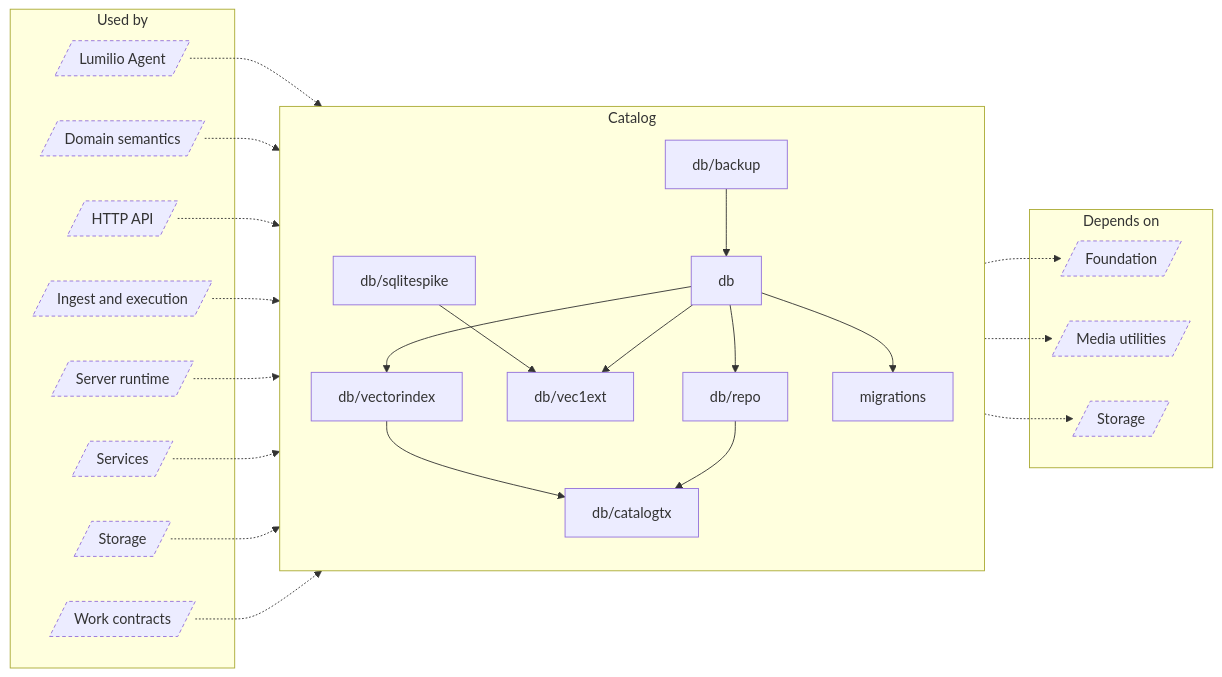
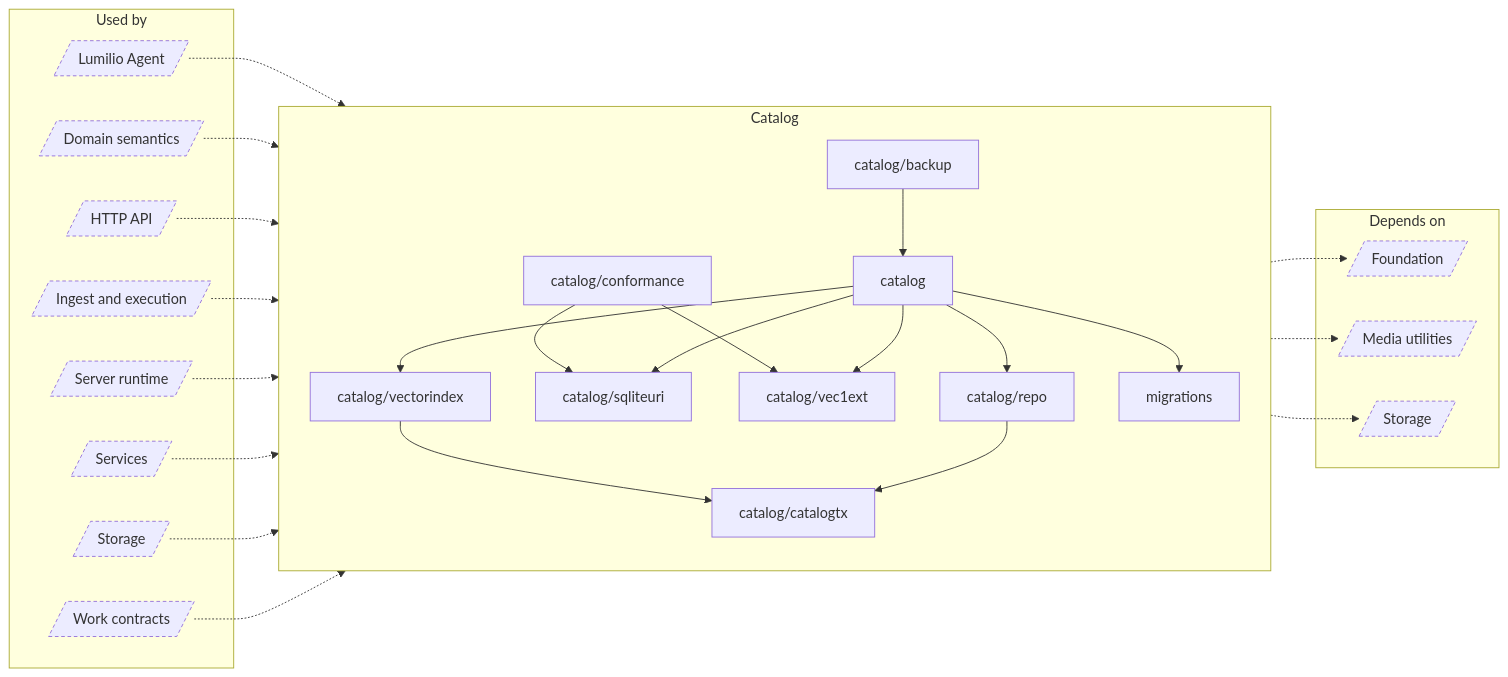
The diagram in docs/atlas/generated/architecture/group-catalog.md (EdwinZhanCN/Lumilio-Photos), drawn with Mermaid before and after one commit. The commit also changed other lines of this file and 936 other files, not shown here.

````diff
--- a/docs/atlas/generated/architecture/group-catalog.md
+++ b/docs/atlas/generated/architecture/group-catalog.md
@@ -9,49 +9,52 @@
 ```mermaid
 flowchart LR
     subgraph n_g_Used_by["Used by"]
         n_in_agent[/"Lumilio Agent"/]
         n_in_domain[/"Domain semantics"/]
         n_in_http[/"HTTP API"/]
         n_in_ingest[/"Ingest and execution"/]
         n_in_runtime[/"Server runtime"/]
         n_in_service[/"Services"/]
         n_in_storage[/"Storage"/]
         n_in_work[/"Work contracts"/]
     end
     subgraph n_g_Catalog["Catalog"]
-        n_server_internal_db["db"]
-        n_server_internal_db_backup["db/backup"]
-        n_server_internal_db_catalogtx["db/catalogtx"]
-        n_server_internal_db_repo["db/repo"]
-        n_server_internal_db_sqlitespike["db/sqlitespike"]
-        n_server_internal_db_vec1ext["db/vec1ext"]
-        n_server_internal_db_vectorindex["db/vectorindex"]
+        n_server_internal_catalog["catalog"]
+        n_server_internal_catalog_backup["catalog/backup"]
+        n_server_internal_catalog_catalogtx["catalog/catalogtx"]
+        n_server_internal_catalog_conformance["catalog/conformance"]
+        n_server_internal_catalog_repo["catalog/repo"]
+        n_server_internal_catalog_sqliteuri["catalog/sqliteuri"]
+        n_server_internal_catalog_vec1ext["catalog/vec1ext"]
+        n_server_internal_catalog_vectorindex["catalog/vectorindex"]
         n_server_migrations["migrations"]
     end
     subgraph n_g_Depends_on["Depends on"]
         n_out_foundation[/"Foundation"/]
         n_out_media[/"Media utilities"/]
         n_out_storage[/"Storage"/]
     end
     n_in_agent -.-> n_g_Catalog
     n_in_domain -.-> n_g_Catalog
     n_in_http -.-> n_g_Catalog
     n_in_ingest -.-> n_g_Catalog
     n_in_runtime -.-> n_g_Catalog
     n_in_service -.-> n_g_Catalog
     n_in_storage -.-> n_g_Catalog
     n_in_work -.-> n_g_Catalog
-    n_server_internal_db --> n_server_internal_db_repo
-    n_server_internal_db --> n_server_internal_db_vec1ext
-    n_server_internal_db --> n_server_internal_db_vectorindex
-    n_server_internal_db --> n_server_migrations
-    n_server_internal_db_backup --> n_server_internal_db
-    n_server_internal_db_repo --> n_server_internal_db_catalogtx
-    n_server_internal_db_sqlitespike --> n_server_internal_db_vec1ext
-    n_server_internal_db_vectorindex --> n_server_internal_db_catalogtx
+    n_server_internal_catalog --> n_server_internal_catalog_repo
+    n_server_internal_catalog --> n_server_internal_catalog_sqliteuri
+    n_server_internal_catalog --> n_server_internal_catalog_vec1ext
+    n_server_internal_catalog --> n_server_internal_catalog_vectorindex
+    n_server_internal_catalog --> n_server_migrations
+    n_server_internal_catalog_backup --> n_server_internal_catalog
+    n_server_internal_catalog_conformance --> n_server_internal_catalog_sqliteuri
+    n_server_internal_catalog_conformance --> n_server_internal_catalog_vec1ext
+    n_server_internal_catalog_repo --> n_server_internal_catalog_catalogtx
+    n_server_internal_catalog_vectorindex --> n_server_internal_catalog_catalogtx
     n_g_Catalog -.-> n_out_foundation
     n_g_Catalog -.-> n_out_media
     n_g_Catalog -.-> n_out_storage
     classDef external stroke-dasharray:4 3
     class n_in_agent,n_in_domain,n_in_http,n_in_ingest,n_in_runtime,n_in_service,n_in_storage,n_in_work,n_out_foundation,n_out_media,n_out_storage external
 ```
````
